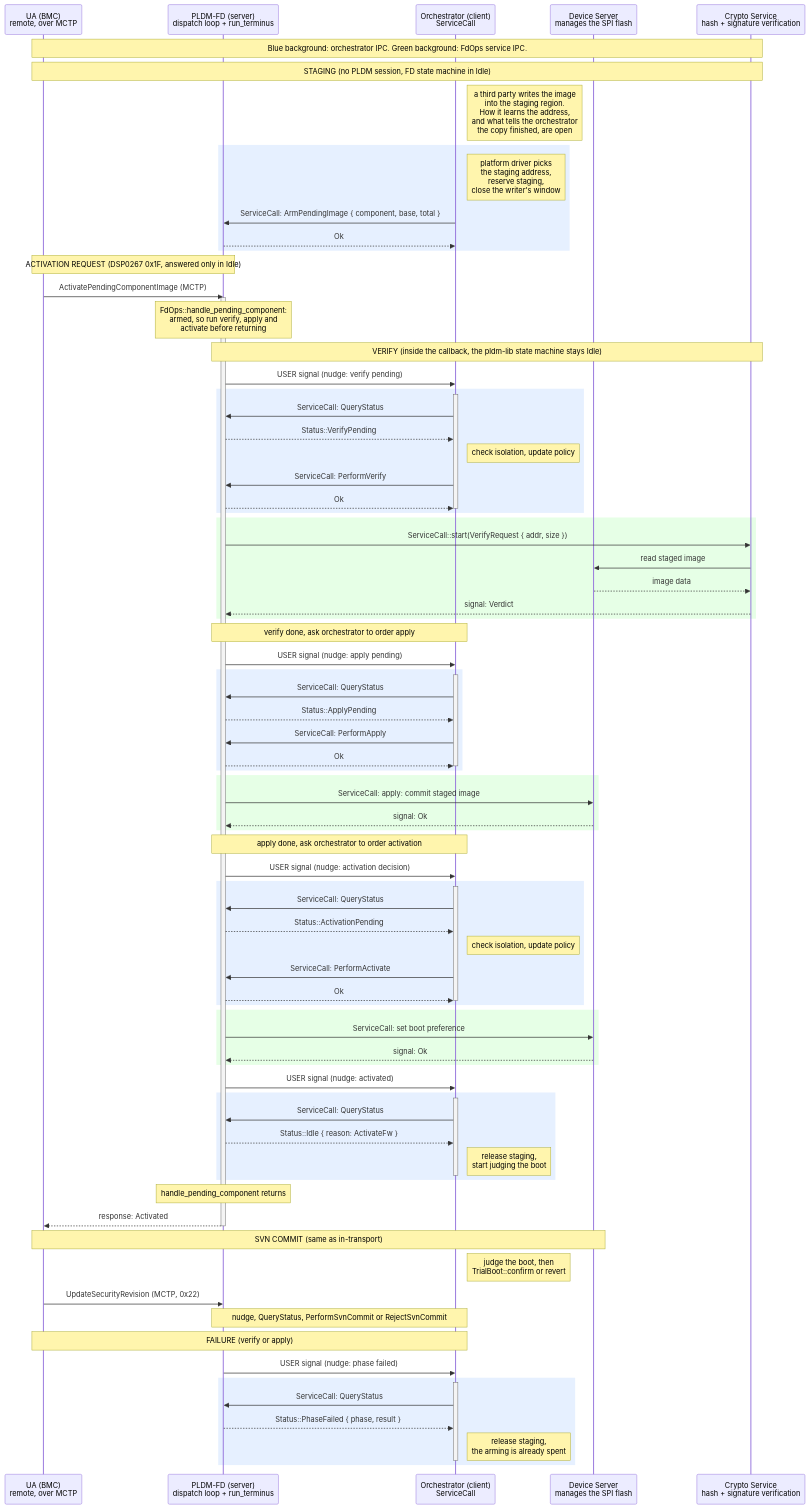
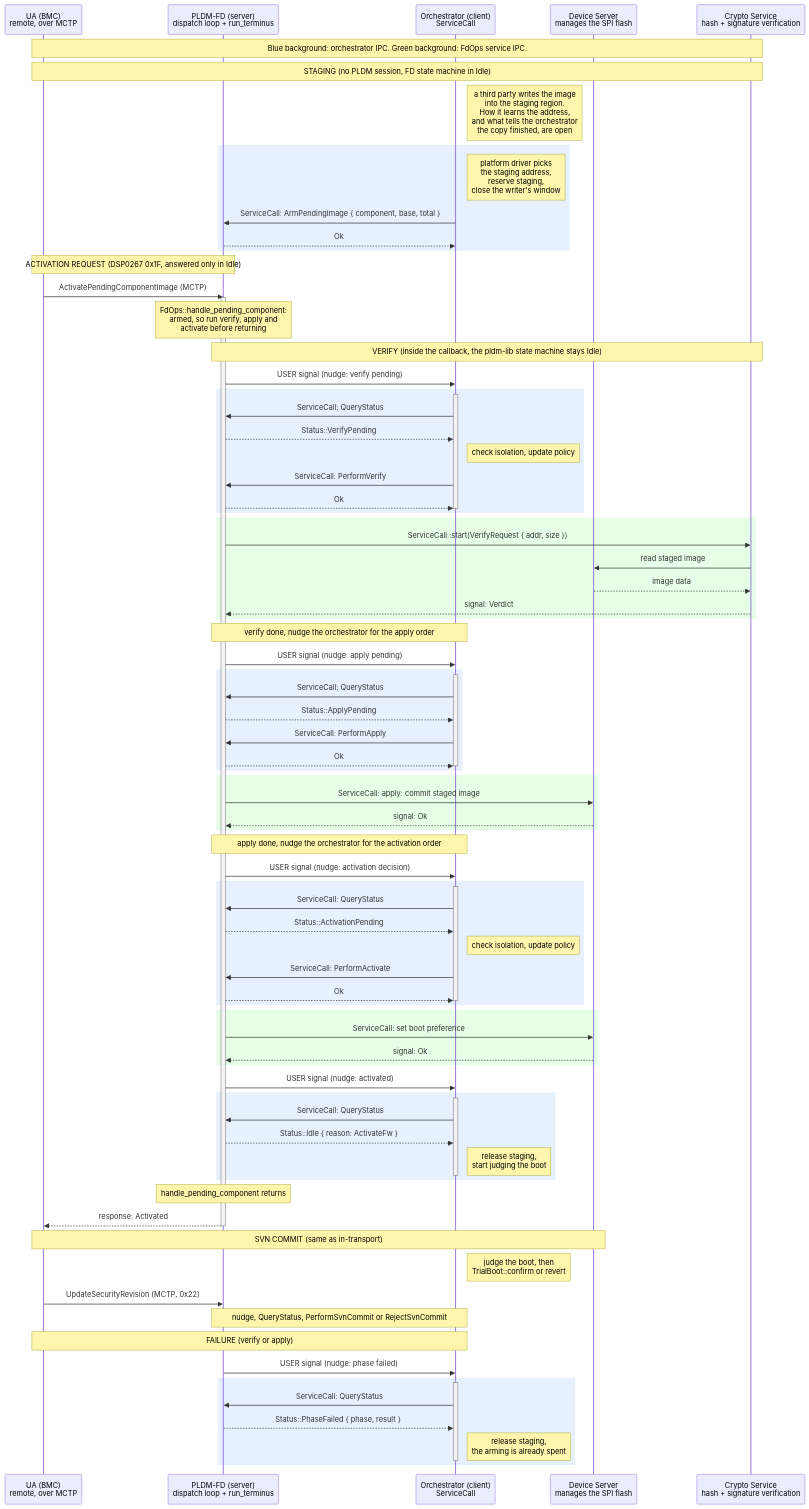
Before and after one commit to OpenPRoT/openprot: the second of 2 diagrams in docs/src/design/orchestrator/pldm-server-ipc.md, drawn with Mermaid. The commit also changed other lines of this file, not shown here.

First line of the commit message:
docs: drop the aphorisms and the protocol 'ask'

```diff
--- a/docs/src/design/orchestrator/pldm-server-ipc.md
+++ b/docs/src/design/orchestrator/pldm-server-ipc.md
@@ -403,7 +403,7 @@
     Crypto-->>FD: signal: Verdict
     end
 
-    Note over FD, Orch: verify done, ask orchestrator to order apply
+    Note over FD, Orch: verify done, nudge the orchestrator for the apply order
 
     FD->>Orch: USER signal (nudge: apply pending)
 
@@ -421,7 +421,7 @@
     DevSrv-->>FD: signal: Ok
     end
 
-    Note over FD, Orch: apply done, ask orchestrator to order activation
+    Note over FD, Orch: apply done, nudge the orchestrator for the activation order
 
     FD->>Orch: USER signal (nudge: activation decision)
 
```
